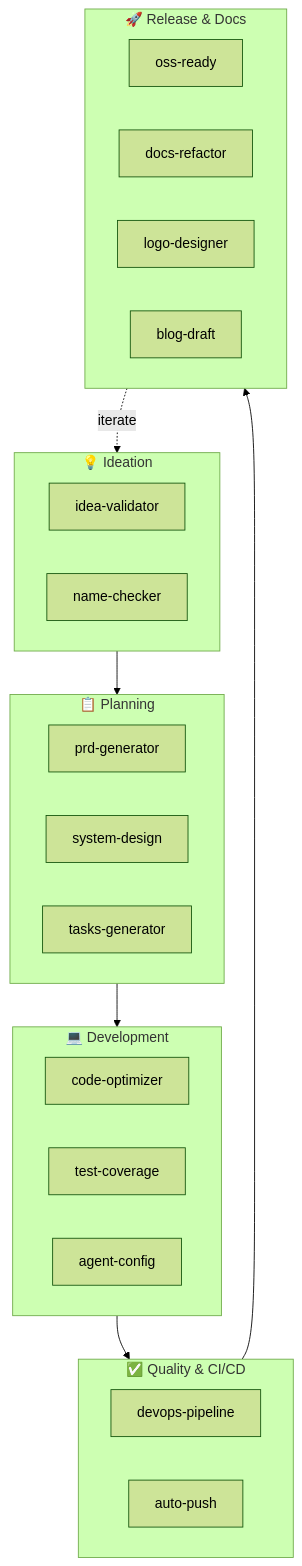
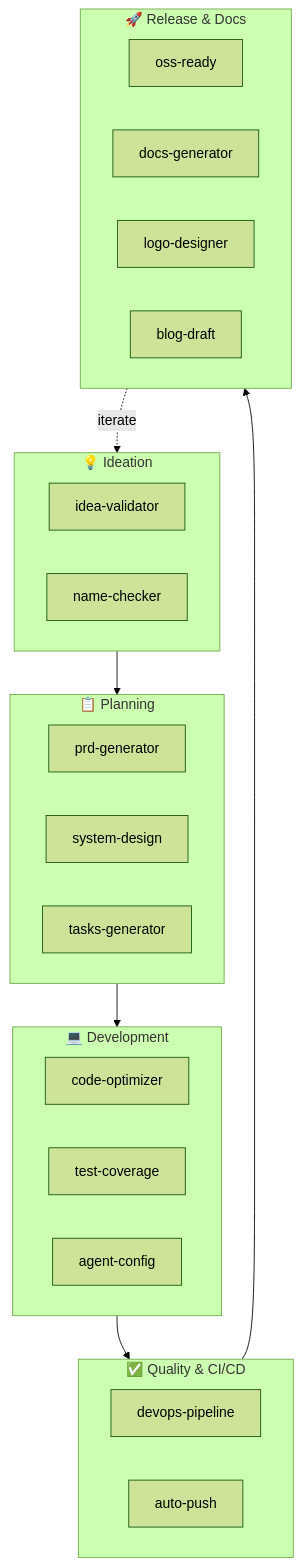
The diagram in README.md (luongnv89/skills), drawn with Mermaid (forest theme) before and after one commit. The commit also changed other lines of this file and 1 other file, not shown here.

Commit message:
refactor: rename docs-refactor skill to docs-generator

````diff
--- a/README.md
+++ b/README.md
@@ -33,37 +33,37 @@
 ```mermaid
 flowchart TB
     subgraph IDEATION["💡 Ideation"]
         I1[idea-validator]
         I2[name-checker]
     end
 
     subgraph PLANNING["📋 Planning"]
         P1[prd-generator]
         P2[system-design]
         P3[tasks-generator]
     end
 
     subgraph DEVELOPMENT["💻 Development"]
         D1[code-optimizer]
         D2[test-coverage]
         D3[agent-config]
     end
 
     subgraph QUALITY["✅ Quality & CI/CD"]
         Q1[devops-pipeline]
         Q2[auto-push]
     end
 
     subgraph RELEASE["🚀 Release & Docs"]
         R1[oss-ready]
-        R2[docs-refactor]
+        R2[docs-generator]
         R3[logo-designer]
         R4[blog-draft]
     end
 
     IDEATION --> PLANNING
     PLANNING --> DEVELOPMENT
     DEVELOPMENT --> QUALITY
     QUALITY --> RELEASE
     RELEASE -.->|iterate| IDEATION
 ```
````
